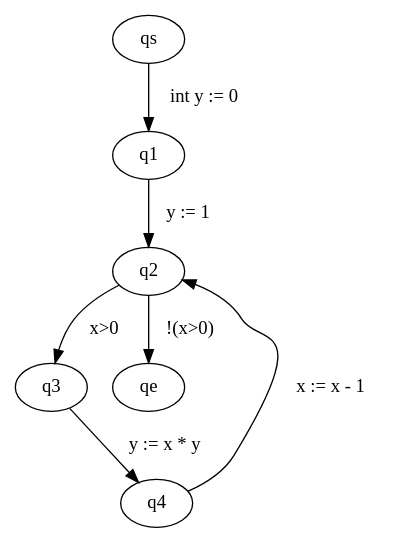
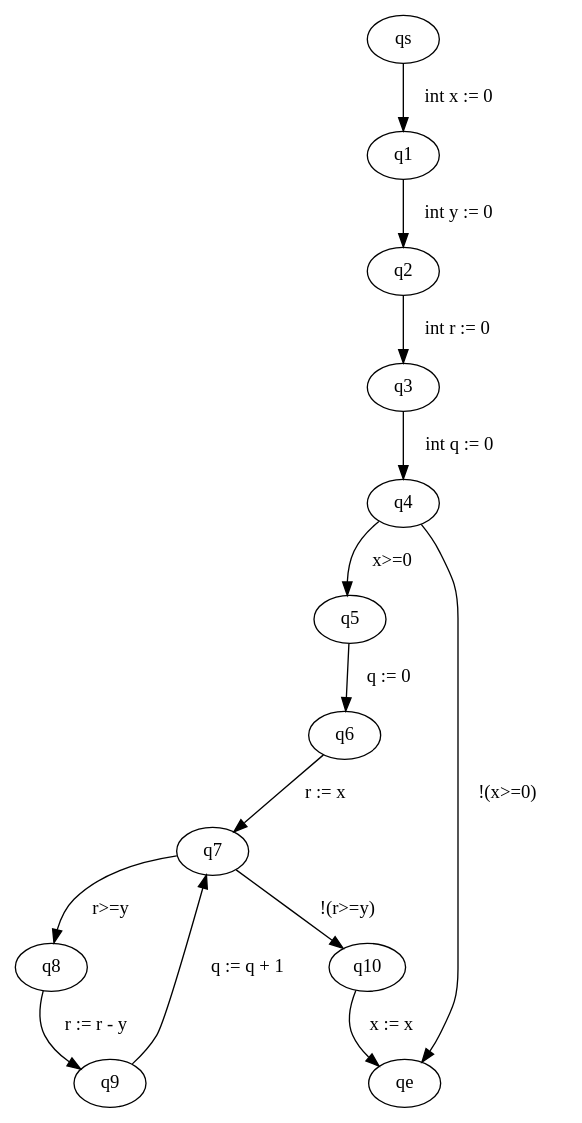
One commit to FloKes/ProgramAnalysis changed the diagram in src/main/java/graphviz/input.dot. Above: the diagram before and after it, drawn with Graphviz. The commit also changed 12 other files, not shown here.

```diff
--- a/src/main/java/graphviz/input.dot
+++ b/src/main/java/graphviz/input.dot
@@ -1,8 +1,15 @@
 digraph ProgramGraph{
-"qs" -> "q1" [label="  int y := 0   "] 
-"q1" -> "q2" [label="  y := 1   "] 
-"q2" -> "q3" [label="  x>0   "] 
-"q2" -> "qe" [label="  !(x>0)   "] 
-"q3" -> "q4" [label="  y := x * y   "] 
-"q4" -> "q2" [label="  x := x - 1   "] 
+"qs" -> "q1" [label="  int x := 0   "] 
+"q1" -> "q2" [label="  int y := 0   "] 
+"q2" -> "q3" [label="  int r := 0   "] 
+"q3" -> "q4" [label="  int q := 0   "] 
+"q4" -> "q5" [label="  x>=0   "] 
+"q4" -> "qe" [label="  !(x>=0)   "] 
+"q5" -> "q6" [label="  q := 0   "] 
+"q6" -> "q7" [label="  r := x   "] 
+"q7" -> "q8" [label="  r>=y   "] 
+"q7" -> "q10" [label="  !(r>=y)   "] 
+"q8" -> "q9" [label="  r := r - y   "] 
+"q9" -> "q7" [label="  q := q + 1   "] 
+"q10" -> "qe" [label="  x := x   "] 
 }
```
